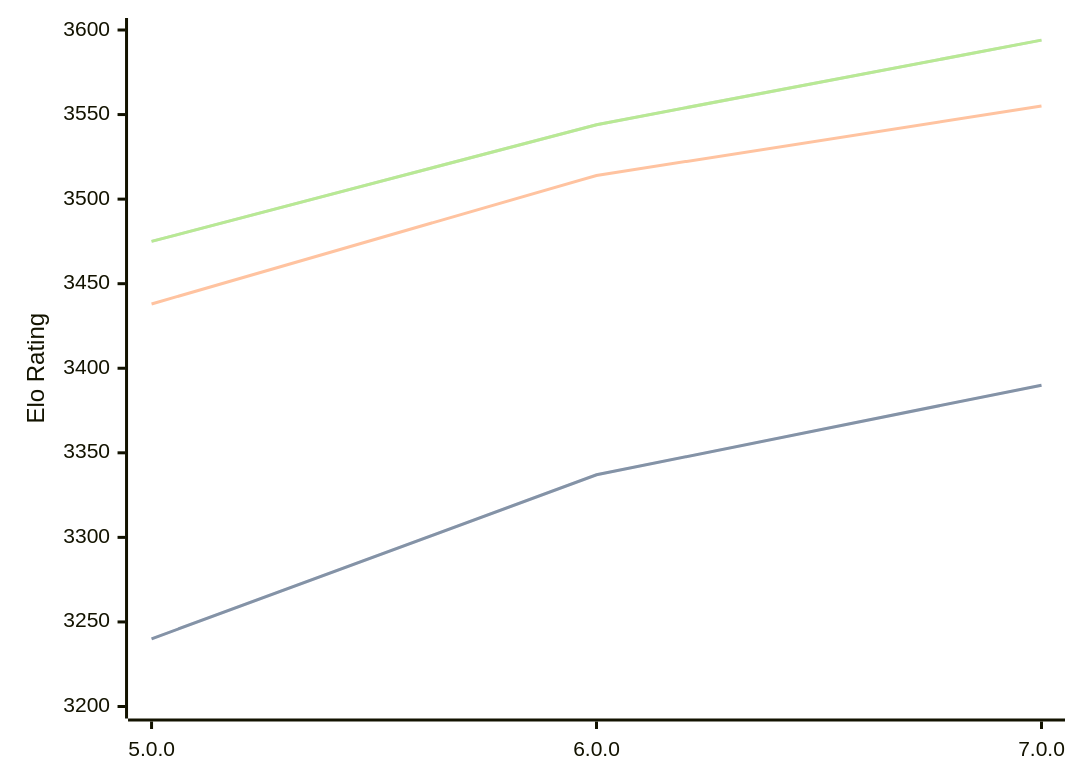
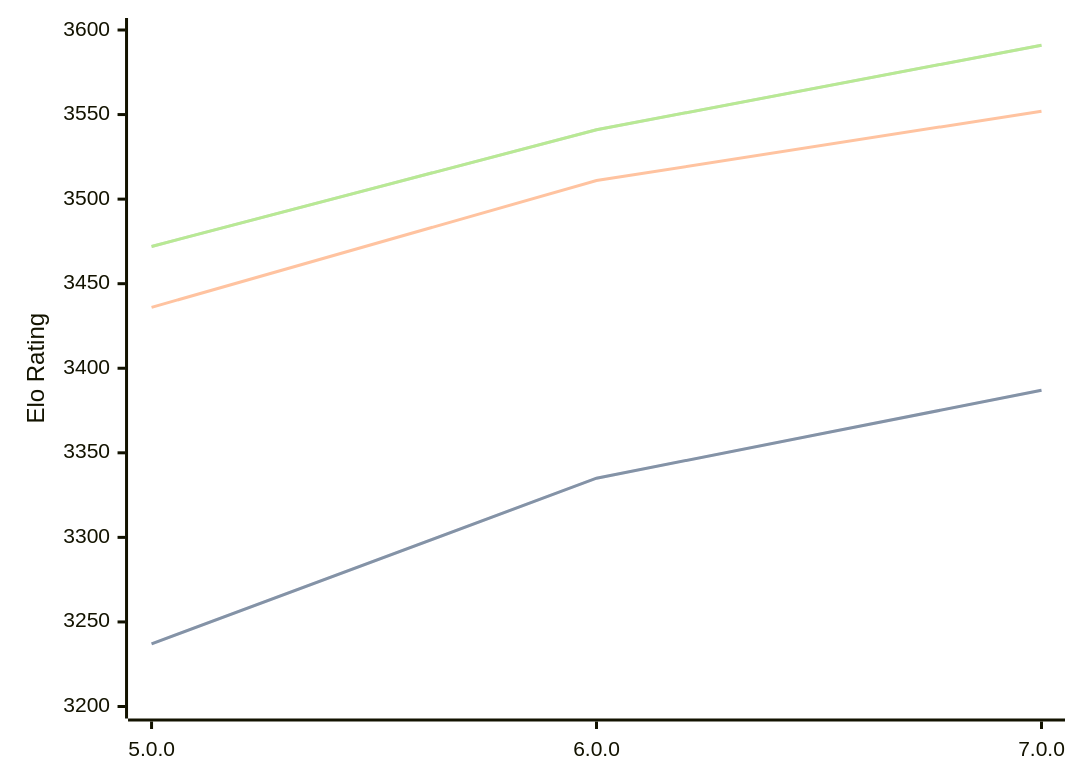
Before and after one commit to computer-chess-index/cci: the diagram in engines/Stormphrax.md, drawn with Mermaid. The commit also changed other lines of this file, not shown here.

Commit message:
Update CCI Ratings (ELO VLTC) - 2026-03-10

````diff
--- a/engines/Stormphrax.md
+++ b/engines/Stormphrax.md
@@ -36,11 +36,11 @@
 ```mermaid
 %%{init: {"theme":"base","themeVariables":{"seriesColors:['#a3a3a3','#222221','#faa371']}}}%%
 xychart-beta
   x-axis ["5.0.0", "6.0.0", "7.0.0"]
   y-axis "Elo Rating" 3200 --> 3600
-  line "STC (8.0+0.08s)" [3240, 3337, 3390]
-  line "STC (8.0+0.08s)" [3240, 3337, 3390]
-  line "LTC (60.0+0.60s)" [3438, 3514, 3555]
-  line "VLTC (2m24s+1.12s)" [3475, 3544, 3594]
-  line "VLTC (2m24s+1.12s)" [3475, 3544, 3594]
+  line "STC (8.0+0.08s)" [3237, 3335, 3387]
+  line "STC (8.0+0.08s)" [3237, 3335, 3387]
+  line "LTC (60.0+0.60s)" [3436, 3511, 3552]
+  line "VLTC (2m24s+1.12s)" [3472, 3541, 3591]
+  line "VLTC (2m24s+1.12s)" [3472, 3541, 3591]
 ```
````
